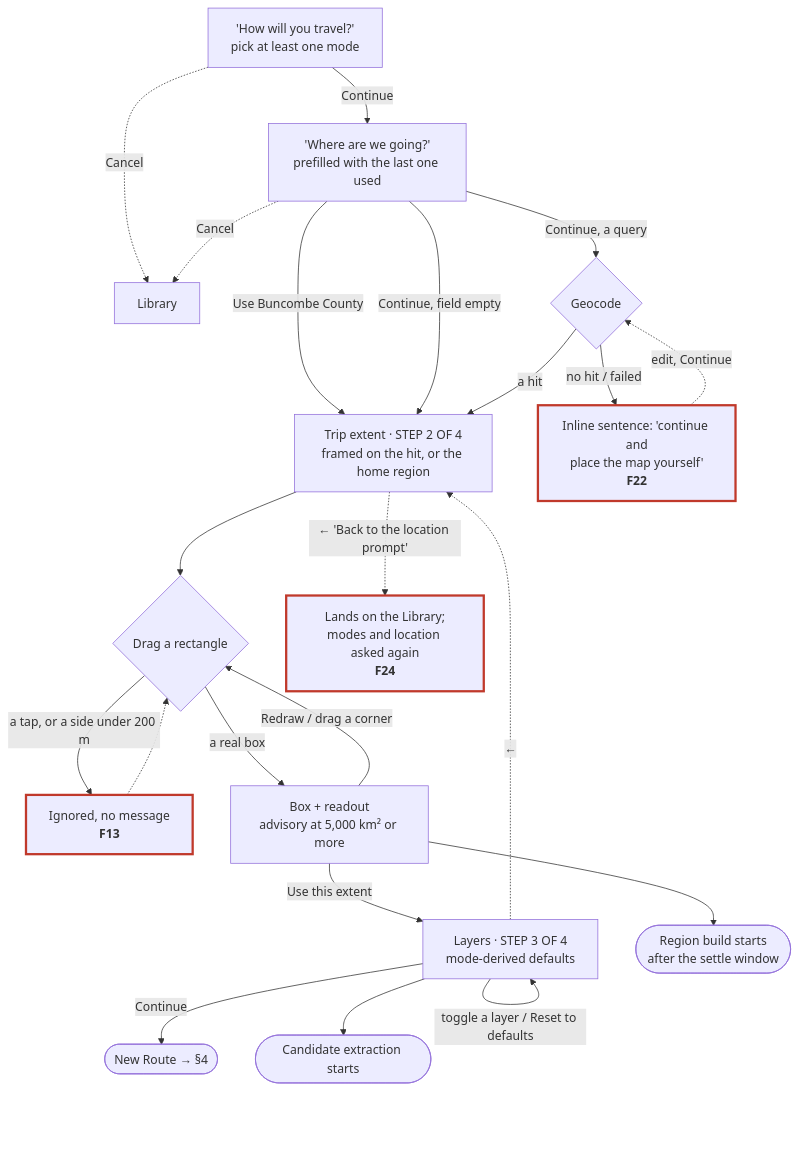
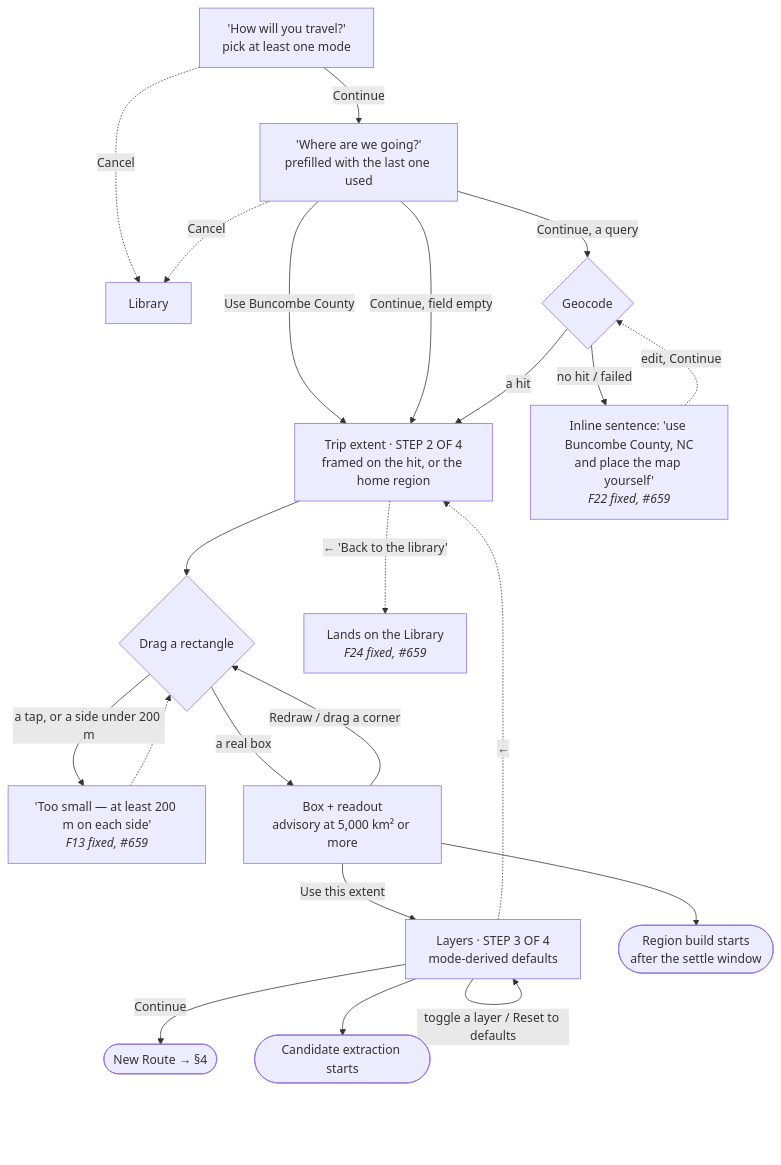
The fourth of 11 diagrams in docs/Plotlines_Author_Flow_E2E.md (gnfrazier/plotlines), drawn with Mermaid before and after one commit. The commit also changed other lines of this file, not shown here.

First line of the commit message:
Draw the fixed Author flow: all 24 findings struck, with their PRs (v1.2)

````diff
--- a/docs/Plotlines_Author_Flow_E2E.md
+++ b/docs/Plotlines_Author_Flow_E2E.md
@@ -109,25 +109,25 @@
 ```mermaid
 flowchart TD
     M["'How will you travel?'<br/>pick at least one mode"] -.->|Cancel| LIB[Library]
     M -->|Continue| LO["'Where are we going?'<br/>prefilled with the last one used"]
     LO -.->|Cancel| LIB
     LO -->|Use Buncombe County| AR
     LO -->|Continue, field empty| AR
     LO -->|Continue, a query| GC{Geocode}
     GC -->|a hit| AR
-    GC -->|no hit / failed| GE["Inline sentence: 'continue and<br/>place the map yourself'<br/><b>F22</b>"]:::finding
+    GC -->|no hit / failed| GE["Inline sentence: 'use Buncombe County, NC<br/>and place the map yourself'<br/><i>F22 fixed, #659</i>"]
     GE -.->|edit, Continue| GC
     AR["Trip extent · STEP 2 OF 4<br/>framed on the hit, or the home region"] --> DR{Drag a rectangle}
-    DR -->|a tap, or a side under 200 m| IG["Ignored, no message<br/><b>F13</b>"]:::finding
+    DR -->|a tap, or a side under 200 m| IG["'Too small — at least 200 m on each side'<br/><i>F13 fixed, #659</i>"]
     IG -.-> DR
     DR -->|a real box| BX["Box + readout<br/>advisory at 5,000 km² or more"]
     BX -->|Redraw / drag a corner| DR
     BX -->|Use this extent| LY
     BX --> RB(["Region build starts<br/>after the settle window"])
-    AR -.->|"← 'Back to the location prompt'"| BK["Lands on the Library;<br/>modes and location asked again<br/><b>F24</b>"]:::finding
+    AR -.->|"← 'Back to the library'"| BK["Lands on the Library<br/><i>F24 fixed, #659</i>"]
     LY["Layers · STEP 3 OF 4<br/>mode-derived defaults"] -->|toggle a layer / Reset to defaults| LY
     LY -->|Continue| NR([New Route → §4])
     LY --> CX(["Candidate extraction starts"])
     LY -.->|←| AR
     classDef finding stroke:#c0392b,stroke-width:3px
 ```
````
